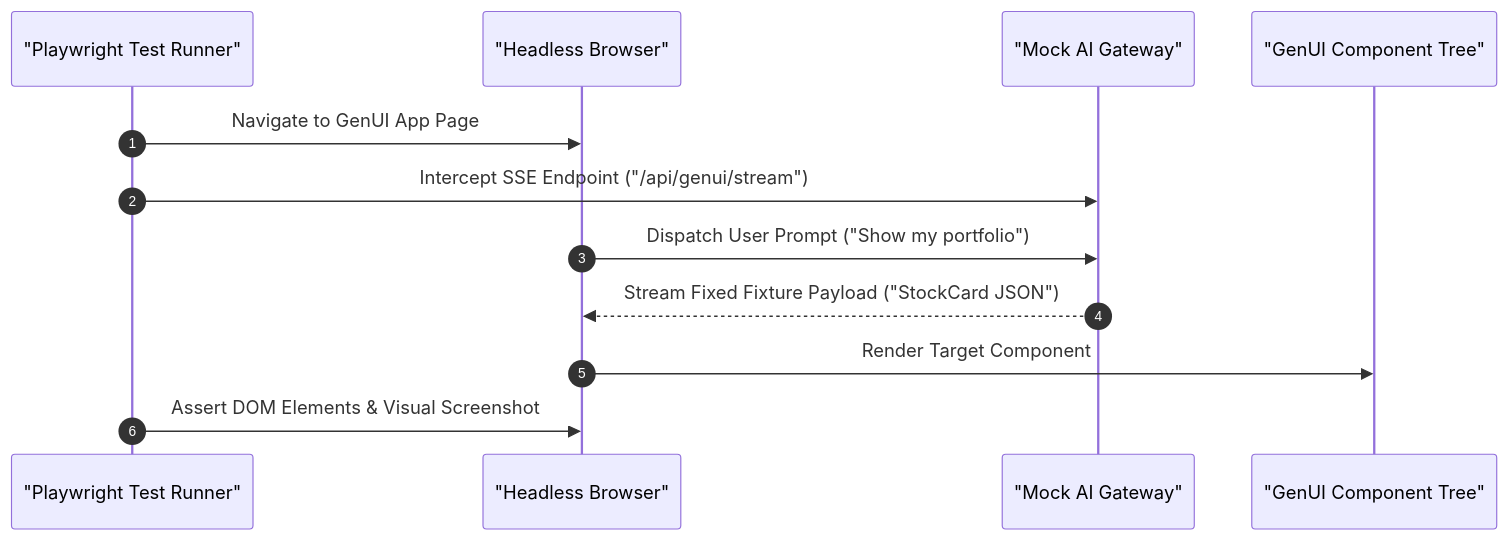
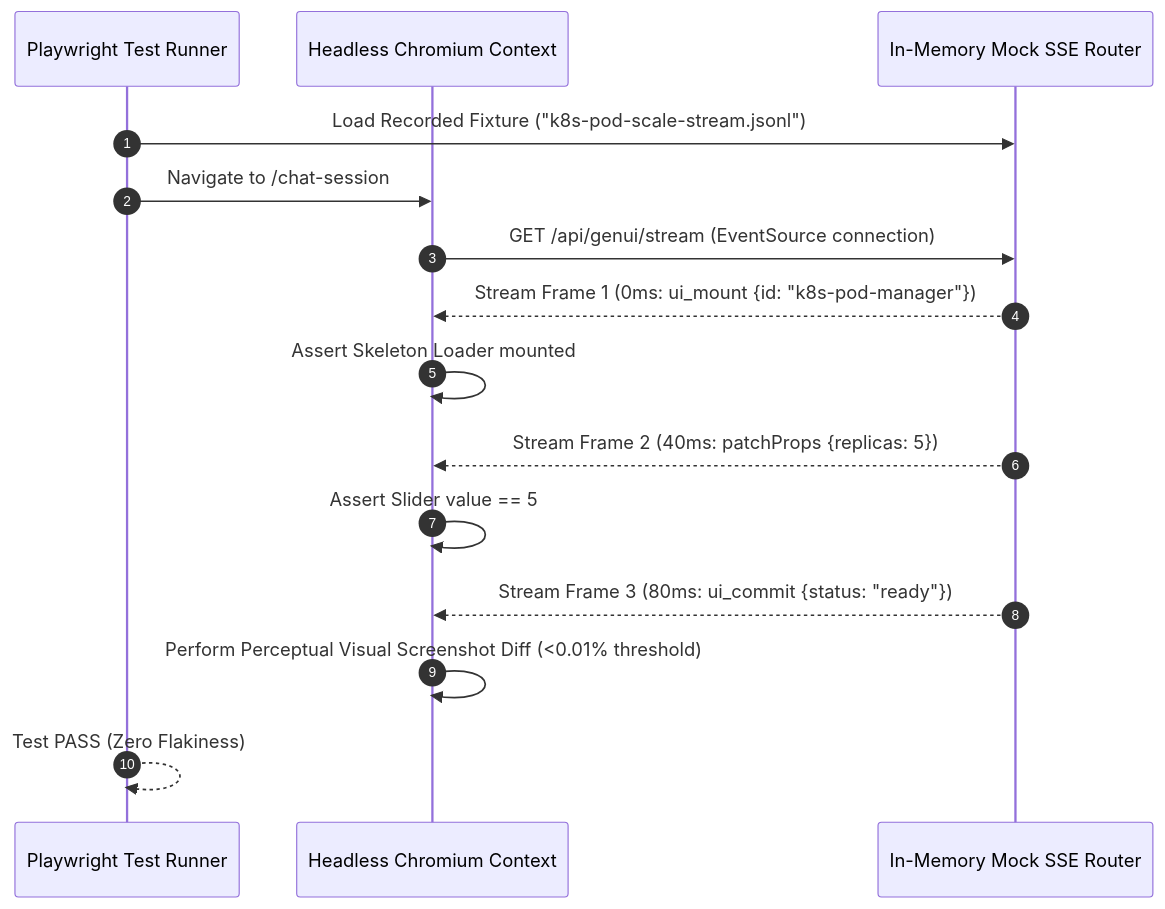
Before and after one commit to vesviet/vesviet: the second of 5 diagrams in content/series/generative-ui-architecture/part-6-e2e-testing-edge.md, drawn with Mermaid. The commit also changed other lines of this file and 28 other files, not shown here.

Commit message:
feat(content): upgrade generative-ui-architecture series to 2027 SOTA masterclass & publish deep research dossiers

````diff
--- a/content/series/generative-ui-architecture/part-6-e2e-testing-edge.md
+++ b/content/series/generative-ui-architecture/part-6-e2e-testing-edge.md
@@ -56,15 +63,18 @@
 ```mermaid
 sequenceDiagram
     autonumber
-    participant Playwright as "Playwright Test Runner"
-    participant Browser as "Headless Browser"
-    participant MockServer as "Mock AI Gateway"
-    participant Component as "GenUI Component Tree"
+    participant Playwright as Playwright Test Runner
+    participant Browser as Headless Chromium Context
+    participant MockServer as In-Memory Mock SSE Router
 
-    Playwright->>Browser: Navigate to GenUI App Page
-    Playwright->>MockServer: Intercept SSE Endpoint ("/api/genui/stream")
-    Browser->>MockServer: Dispatch User Prompt ("Show my portfolio")
-    MockServer-->>Browser: Stream Fixed Fixture Payload ("StockCard JSON")
-    Browser->>Component: Render Target Component
-    Playwright->>Browser: Assert DOM Elements & Visual Screenshot
+    Playwright->>MockServer: Load Recorded Fixture ("k8s-pod-scale-stream.jsonl")
+    Playwright->>Browser: Navigate to /chat-session
+    Browser->>MockServer: GET /api/genui/stream (EventSource connection)
+    MockServer-->>Browser: Stream Frame 1 (0ms: ui_mount {id: "k8s-pod-manager"})
+    Browser->>Browser: Assert Skeleton Loader mounted
+    MockServer-->>Browser: Stream Frame 2 (40ms: patchProps {replicas: 5})
+    Browser->>Browser: Assert Slider value == 5
+    MockServer-->>Browser: Stream Frame 3 (80ms: ui_commit {status: "ready"})
+    Browser->>Browser: Perform Perceptual Visual Screenshot Diff (<0.01% threshold)
+    Playwright-->>Playwright: Test PASS (Zero Flakiness)
 ```
````
